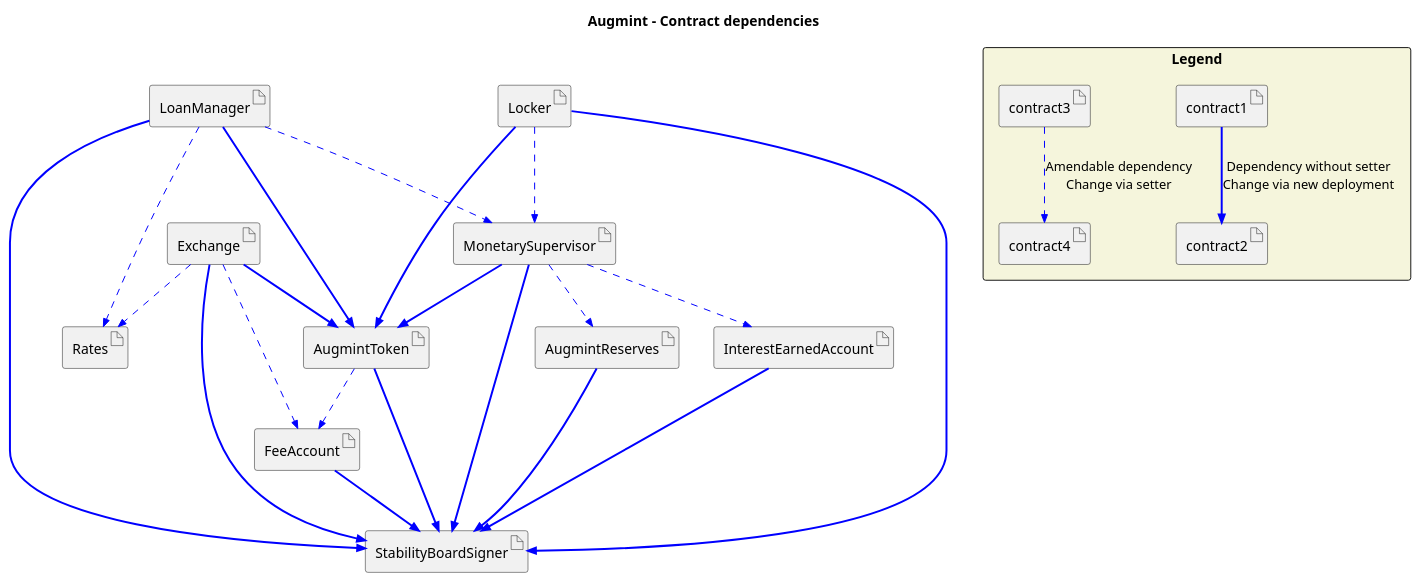
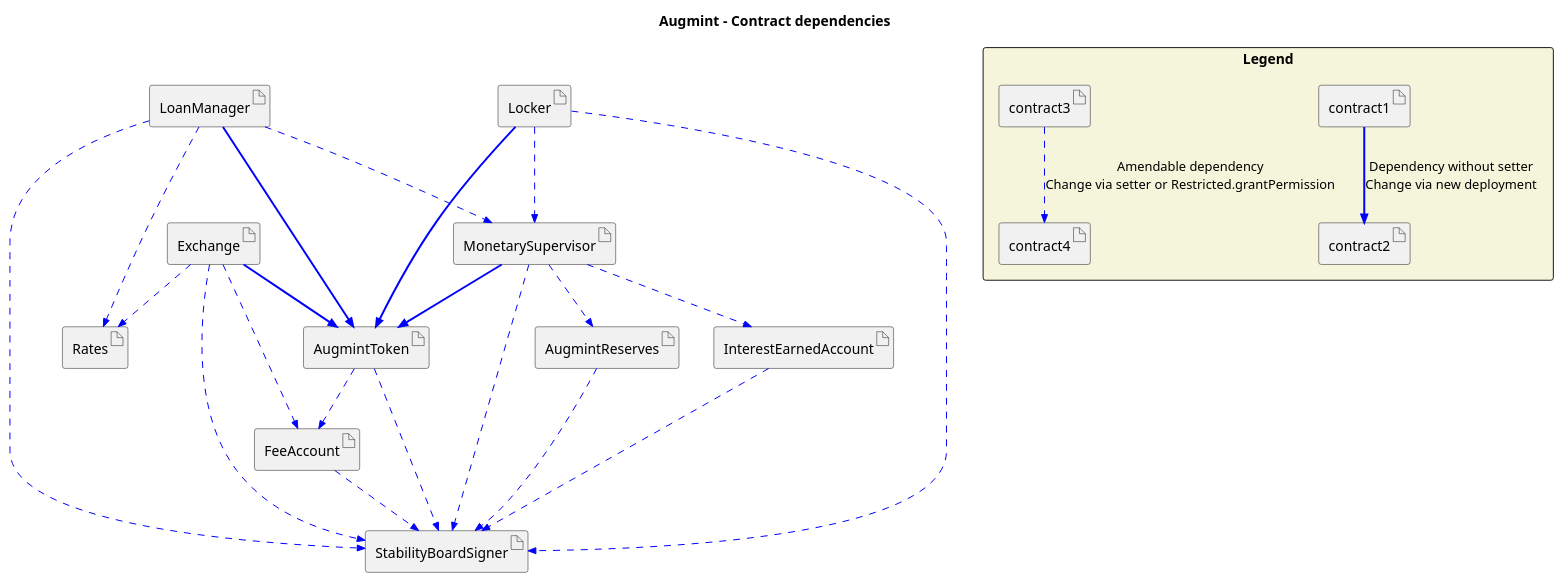
One commit to Augmint/augmint-contracts changed the diagram in docs/contractDependencies.plantuml. Above: the diagram before and after it, drawn with PlantUML. The commit also changed 7 other files, not shown here.

Commit message:
permission AugmintToken's StabilitySigner via Restricted

```diff
--- a/docs/contractDependencies.plantuml
+++ b/docs/contractDependencies.plantuml
@@ -1,55 +1,55 @@
 @startuml
 title **Augmint** - Contract dependencies
 skinparam ArrowColor #blue
 skinparam noteBackgroundColor #lightgrey
 
 artifact StabilityBoardSigner
 artifact Rates
 artifact AugmintReserves
 artifact FeeAccount
 artifact AugmintToken
 artifact InterestEarnedAccount
 artifact MonetarySupervisor
 artifact LoanManager
 artifact Locker
 artifact Exchange
 
 
 rectangle "Legend" #Beige {
 	artifact contract1
 	artifact contract2
     artifact contract3
 	artifact contract4
     contract1 ==>> contract2 : Dependency without setter\nChange via new deployment
-    contract3 ..>> contract4 : Amendable dependency\nChange via setter
+    contract3 ..>> contract4 : Amendable dependency\nChange via setter or Restricted.grantPermission
 }
 
-AugmintToken ==>> StabilityBoardSigner
 AugmintToken ..>> FeeAccount
+AugmintToken ..>> StabilityBoardSigner
 
-MonetarySupervisor ==>> StabilityBoardSigner
 MonetarySupervisor ==>> AugmintToken
+MonetarySupervisor ..>> StabilityBoardSigner
 MonetarySupervisor ..>> AugmintReserves
 MonetarySupervisor ..>> InterestEarnedAccount
 
-LoanManager ==>> StabilityBoardSigner
 LoanManager ==>> AugmintToken
+LoanManager ..>> StabilityBoardSigner
 LoanManager ..>> MonetarySupervisor
 LoanManager ..>> Rates
 
-Locker ==>> StabilityBoardSigner
 Locker ==>> AugmintToken
+Locker ..>> StabilityBoardSigner
 Locker ..>> MonetarySupervisor
 
-Exchange ==>> StabilityBoardSigner
 Exchange ==>> AugmintToken
+Exchange ..>> StabilityBoardSigner
 Exchange ..>> Rates
 Exchange ..>> FeeAccount
 
-InterestEarnedAccount ==>> StabilityBoardSigner
+InterestEarnedAccount ..>> StabilityBoardSigner
 
-FeeAccount ==>> StabilityBoardSigner
+FeeAccount ..>> StabilityBoardSigner
 
-AugmintReserves ==>> StabilityBoardSigner
+AugmintReserves ..>> StabilityBoardSigner
 
 @enduml
```
